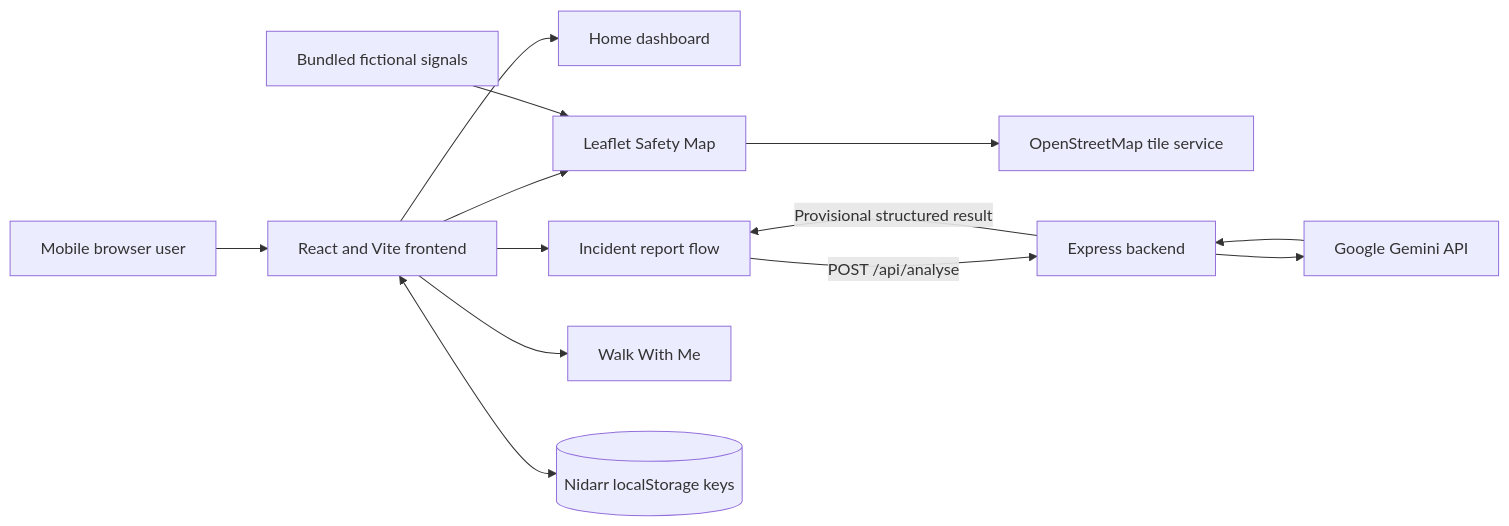
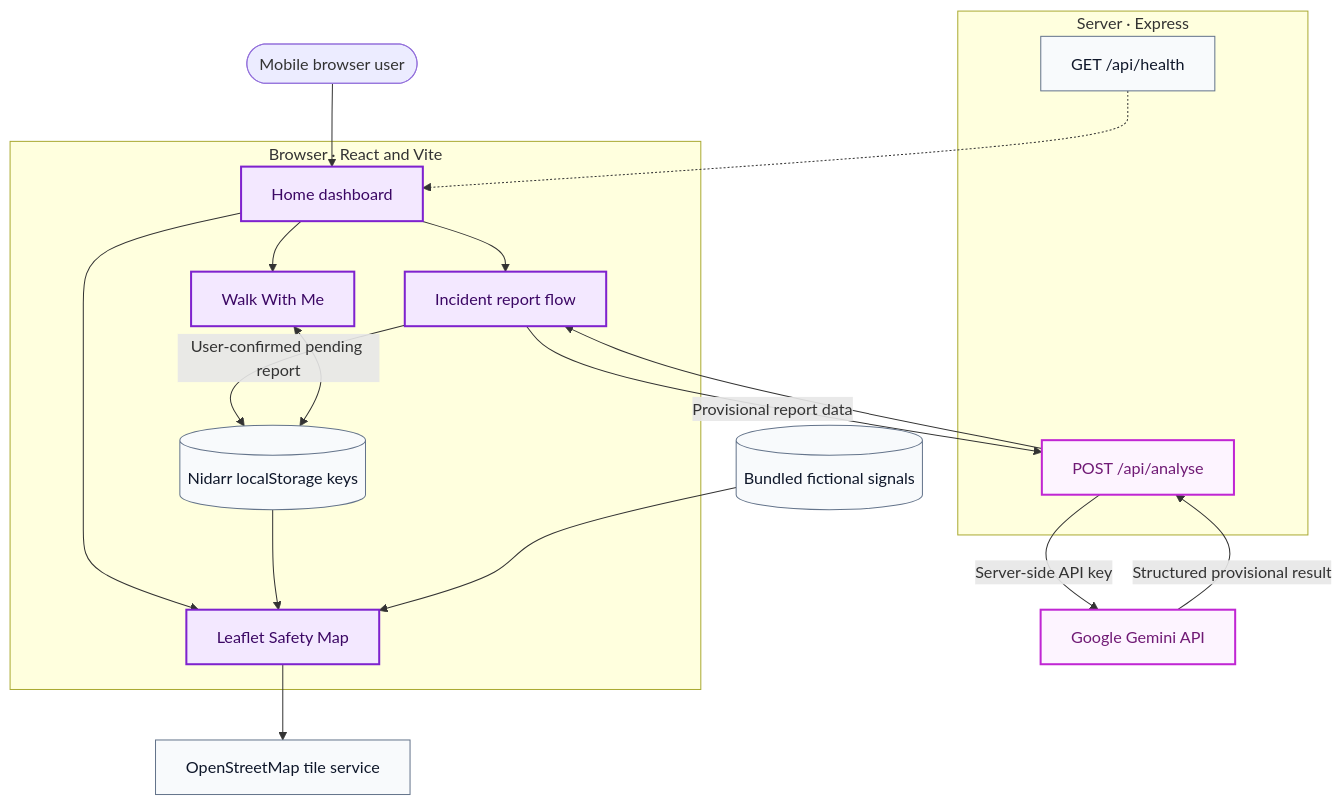
The diagram in README.md (SaptajitSaha/Nidarr), drawn with Mermaid before and after one commit. The commit also changed other lines of this file, not shown here.

````diff
--- a/README.md
+++ b/README.md
@@ -48,17 +99,43 @@
 ```mermaid
-flowchart LR
-    User[Mobile browser user] --> UI[React and Vite frontend]
-    UI --> Home[Home dashboard]
-    UI --> Map[Leaflet Safety Map]
-    UI --> Report[Incident report flow]
-    UI --> Walk[Walk With Me]
+flowchart TB
+    User([Mobile browser user])
 
-    Demo[Bundled fictional signals] --> Map
-    Map --> OSM[OpenStreetMap tile service]
-    UI <--> Storage[(Nidarr localStorage keys)]
+    subgraph Browser[Browser · React and Vite]
+        Home[Home dashboard]
+        Report[Incident report flow]
+        Map[Leaflet Safety Map]
+        Walk[Walk With Me]
+        Storage[(Nidarr localStorage keys)]
+    end
 
-    Report -->|POST /api/analyse| API[Express backend]
-    API --> Gemini[Google Gemini API]
-    Gemini --> API
-    API -->|Provisional structured result| Report
+    subgraph Server[Server · Express]
+        Health[GET /api/health]
+        Analyse[POST /api/analyse]
+    end
+
+    Demo[(Bundled fictional signals)]
+    OSM[OpenStreetMap tile service]
+    Gemini[Google Gemini API]
+
+    User --> Home
+    Home --> Report
+    Home --> Map
+    Home --> Walk
+    Report -->|Provisional report data| Analyse
+    Analyse -->|Server-side API key| Gemini
+    Gemini -->|Structured provisional result| Analyse
+    Analyse --> Report
+    Report -->|User-confirmed pending report| Storage
+    Walk <--> Storage
+    Storage --> Map
+    Demo --> Map
+    Map --> OSM
+    Health -.-> Home
+
+    classDef primary fill:#F3E8FF,stroke:#7E22CE,color:#3B0764,stroke-width:2px;
+    classDef accent fill:#FDF4FF,stroke:#C026D3,color:#701A75,stroke-width:2px;
+    classDef neutral fill:#F8FAFC,stroke:#64748B,color:#0F172A;
+    class Home,Report,Map,Walk primary;
+    class Analyse,Gemini accent;
+    class Storage,Demo,OSM,Health neutral;
 ```
````
